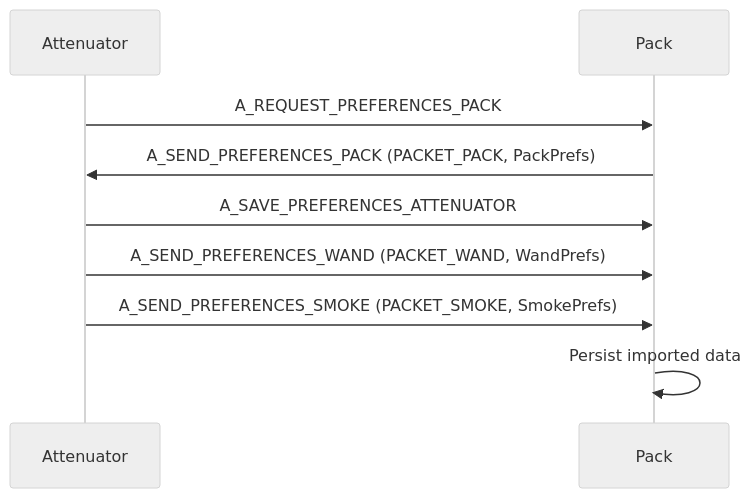
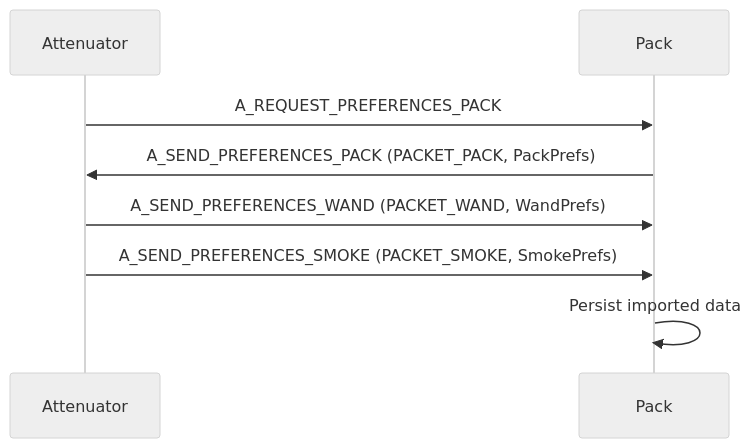
One commit to GPStarTechnologies/GPStar-Core-Source changed the third of 8 diagrams in source/SharedLib/Communication/API_FLOW.md. Above: the diagram before and after it, drawn with Mermaid (neutral theme). The commit also changed other lines of this file and 38 other files, not shown here.

````diff
--- a/source/SharedLib/Communication/API_FLOW.md
+++ b/source/SharedLib/Communication/API_FLOW.md
@@ -338,12 +338,11 @@
 ```mermaid
 sequenceDiagram
 		participant A as Attenuator
 		participant P as Pack
 
 		A->>P: A_REQUEST_PREFERENCES_PACK
 		P->>A: A_SEND_PREFERENCES_PACK (PACKET_PACK, PackPrefs)
-		A->>P: A_SAVE_PREFERENCES_ATTENUATOR
 		A->>P: A_SEND_PREFERENCES_WAND (PACKET_WAND, WandPrefs)
 		A->>P: A_SEND_PREFERENCES_SMOKE (PACKET_SMOKE, SmokePrefs)
 		P->>P: Persist imported data
 ```
````
